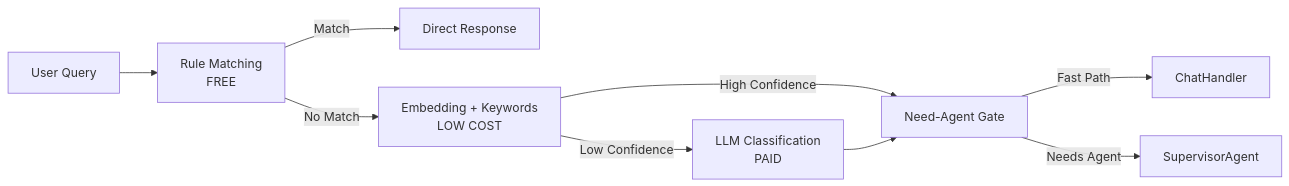
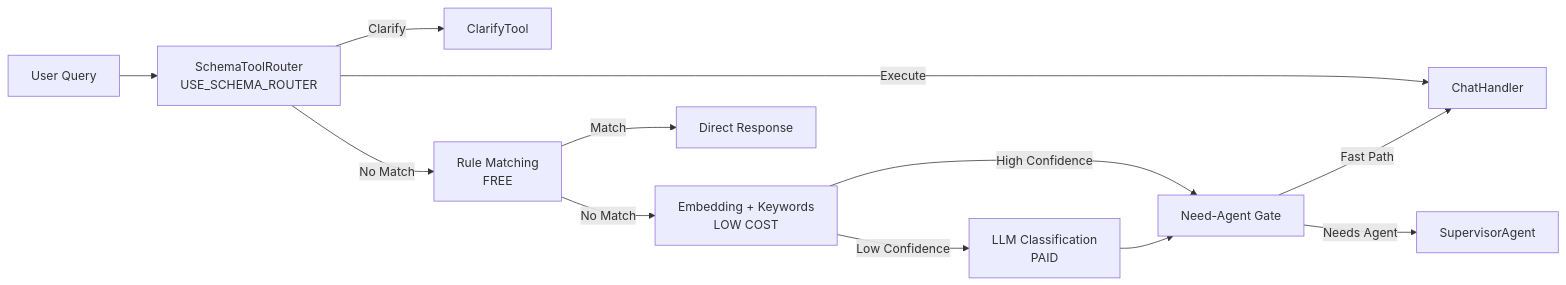
Before and after one commit to kkkano/FinSight: the second of 3 diagrams in readme.md, drawn with Mermaid. The commit also changed other lines of this file and 15 other files, not shown here.

First line of the commit message:
feat: add schema-driven tool routing and clarify flow

````diff
--- a/readme.md
+++ b/readme.md
@@ -180,11 +188,14 @@
 ```mermaid
 flowchart LR
-    Input[User Query] --> Rule[Rule Matching<br/>FREE]
+    Input[User Query] --> Schema[SchemaToolRouter<br/>USE_SCHEMA_ROUTER]
+    Schema -->|Clarify| Clarify[ClarifyTool]
+    Schema -->|Execute| Chat[ChatHandler]
+    Schema -->|No Match| Rule[Rule Matching<br/>FREE]
     Rule -->|Match| Direct[Direct Response]
     Rule -->|No Match| Embed[Embedding + Keywords<br/>LOW COST]
     Embed -->|High Confidence| Gate[Need-Agent Gate]
     Embed -->|Low Confidence| LLM[LLM Classification<br/>PAID]
     LLM --> Gate
     Gate -->|Fast Path| Chat[ChatHandler]
     Gate -->|Needs Agent| Agent[SupervisorAgent]
 ```
````
